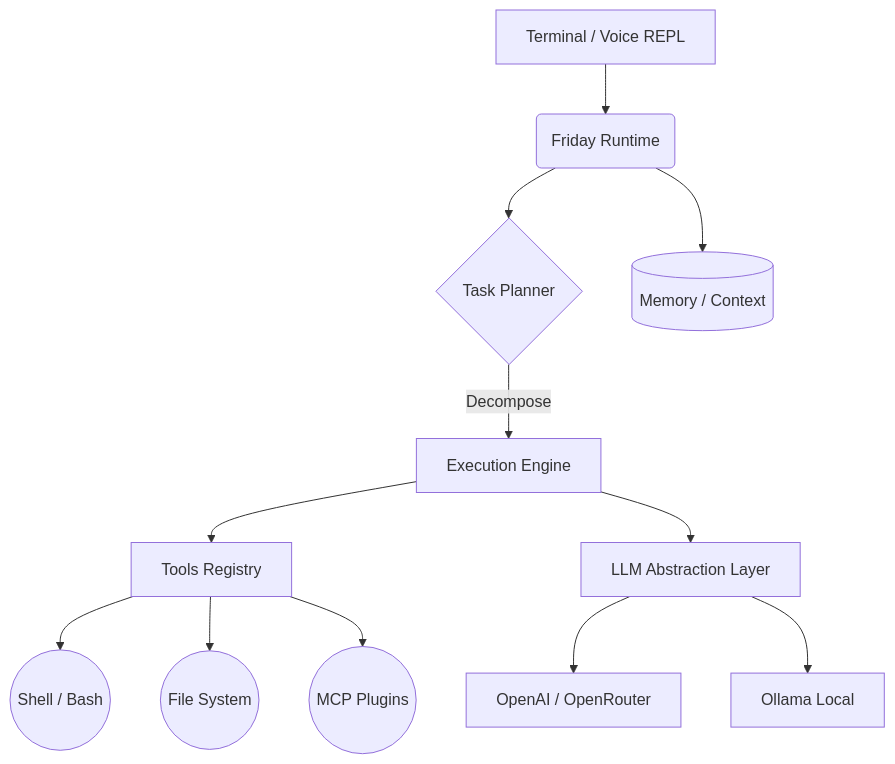
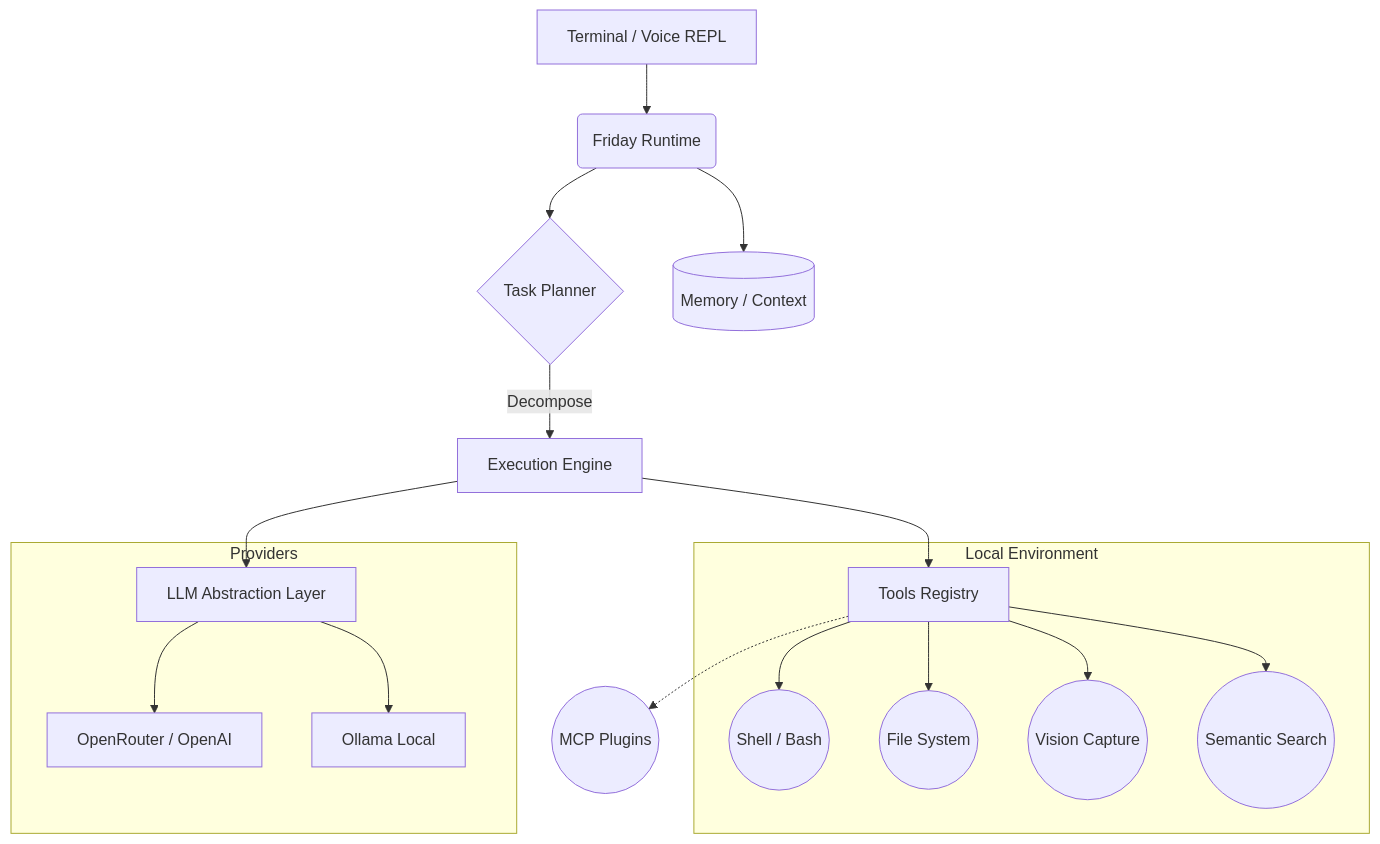
Before and after one commit to Cristofervaltz/Friday: the diagram in README.md, drawn with Mermaid. The commit also changed other lines of this file and 4 other files, not shown here.

Commit message:
docs: beautify README and ROADMAP, update CHANGELOG and CONTRIBUTING for v0.4.0

````diff
--- a/README.md
+++ b/README.md
@@ -32,17 +57,24 @@
 ```mermaid
 graph TD
     A[Terminal / Voice REPL] --> B(Friday Runtime)
     B --> C{Task Planner}
     C -->|Decompose| D[Execution Engine]
     D --> E[Tools Registry]
     
+    subgraph Local Environment
     E --> F((Shell / Bash))
     E --> G((File System))
-    E --> H((MCP Plugins))
+    E --> V((Vision Capture))
+    E --> S((Semantic Search))
+    end
+    
+    E -.-> H((MCP Plugins))
     
     D --> I[LLM Abstraction Layer]
-    I --> J[OpenAI / OpenRouter]
+    subgraph Providers
+    I --> J[OpenRouter / OpenAI]
     I --> K[Ollama Local]
+    end
     
     B --> L[(Memory / Context)]
 ```
````
